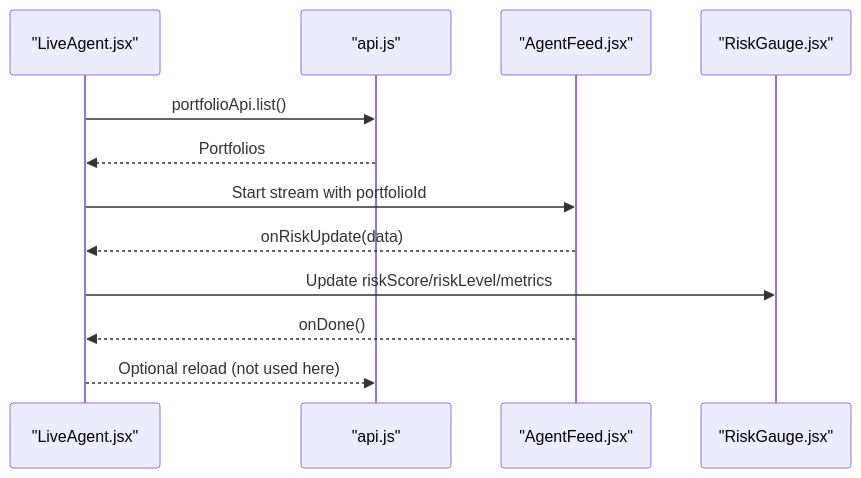
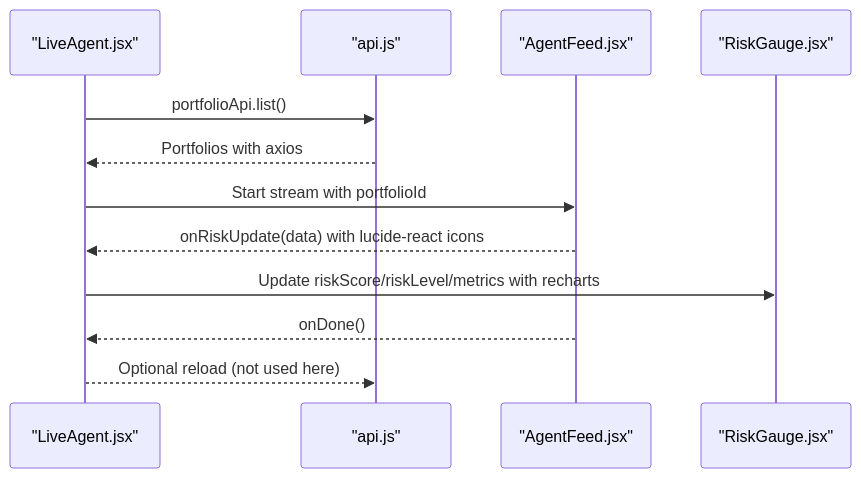
Before and after one commit to ishwarambare/ishwarambare-app: the ninth of 10 diagrams in .qoder/repowiki/en/content/Frontend Architecture/React Application Structure.md, drawn with Mermaid. The commit also changed other lines of this file and 4 other files, not shown here.

````diff
--- a/.qoder/repowiki/en/content/Frontend Architecture/React Application Structure.md
+++ b/.qoder/repowiki/en/content/Frontend Architecture/React Application Structure.md
@@ -357,14 +403,14 @@
 ```mermaid
 sequenceDiagram
 participant Live as "LiveAgent.jsx"
 participant API as "api.js"
 participant Feed as "AgentFeed.jsx"
 participant Gauge as "RiskGauge.jsx"
 Live->>API : portfolioApi.list()
-API-->>Live : Portfolios
+API-->>Live : Portfolios with axios
 Live->>Feed : Start stream with portfolioId
-Feed-->>Live : onRiskUpdate(data)
-Live->>Gauge : Update riskScore/riskLevel/metrics
+Feed-->>Live : onRiskUpdate(data) with lucide-react icons
+Live->>Gauge : Update riskScore/riskLevel/metrics with recharts
 Feed-->>Live : onDone()
 Live-->>API : Optional reload (not used here)
 ```
````
